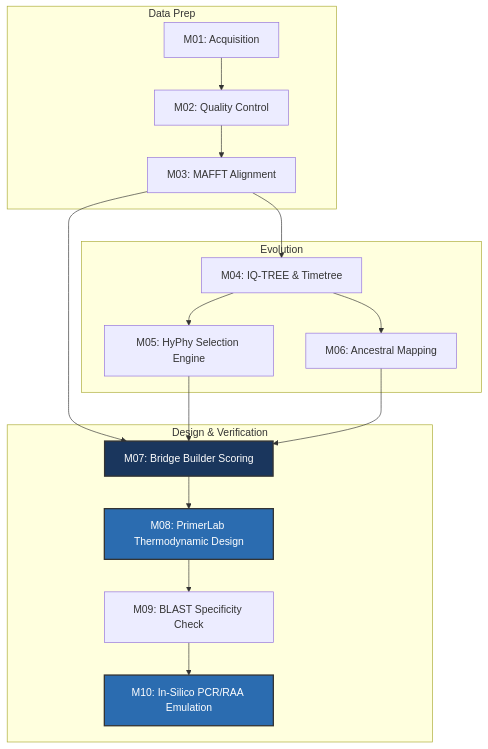
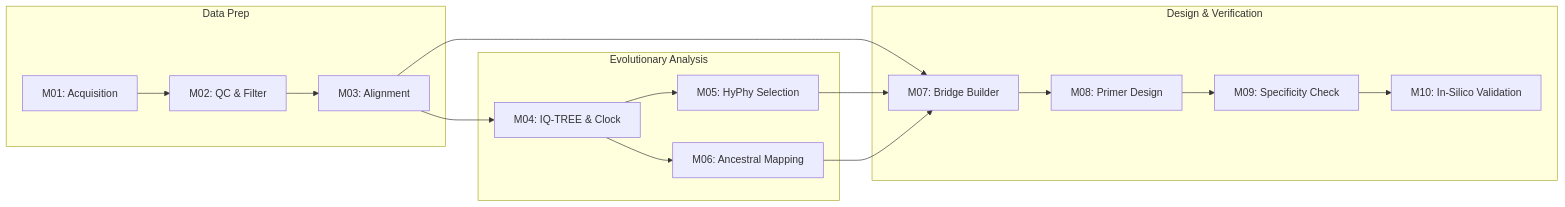
The diagram in docs/pipeline-architecture/overview.md (lab-biotek-bio-ugm/pandemic_prep_idn), drawn with Mermaid before and after one commit. The commit also changed 1 other file, not shown here.

Commit message:
docs: convert vertical mermaid diagrams to clean horizontal layout

````diff
--- a/docs/pipeline-architecture/overview.md
+++ b/docs/pipeline-architecture/overview.md
@@ -11,24 +11,21 @@
 ```mermaid
-flowchart TD
-    subgraph Data Prep
-        M01[M01: Acquisition] --> M02[M02: Quality Control]
-        M02 --> M03[M03: MAFFT Alignment]
+flowchart LR
+    subgraph Prep [Data Prep]
+        M01[M01: Acquisition] --> M02[M02: QC & Filter] --> M03[M03: Alignment]
     end
 
-    subgraph Evolution
-        M03 --> M04[M04: IQ-TREE & Timetree]
-        M04 --> M05[M05: HyPhy Selection Engine]
+    subgraph Evo [Evolutionary Analysis]
+        M03 --> M04[M04: IQ-TREE & Clock]
+        M04 --> M05[M05: HyPhy Selection]
         M04 --> M06[M06: Ancestral Mapping]
     end
 
-    subgraph Design & Verification
-        M03 & M05 & M06 --> M07[M07: Bridge Builder Scoring]
-        M07 --> M08[M08: PrimerLab Thermodynamic Design]
-        M08 --> M09[M09: BLAST Specificity Check]
-        M09 --> M10[M10: In-Silico PCR/RAA Emulation]
+    subgraph Design [Design & Verification]
+        M03 --> M07[M07: Bridge Builder]
+        M05 --> M07
+        M06 --> M07
+        M07 --> M08[M08: Primer Design]
+        M08 --> M09[M09: Specificity Check]
+        M09 --> M10[M10: In-Silico Validation]
     end
-
-    style M07 fill:#1a365d,stroke:#333,stroke-width:2px,color:#fff
-    style M08 fill:#2b6cb0,stroke:#333,stroke-width:2px,color:#fff
-    style M10 fill:#2b6cb0,stroke:#333,stroke-width:2px,color:#fff
 ```
````
